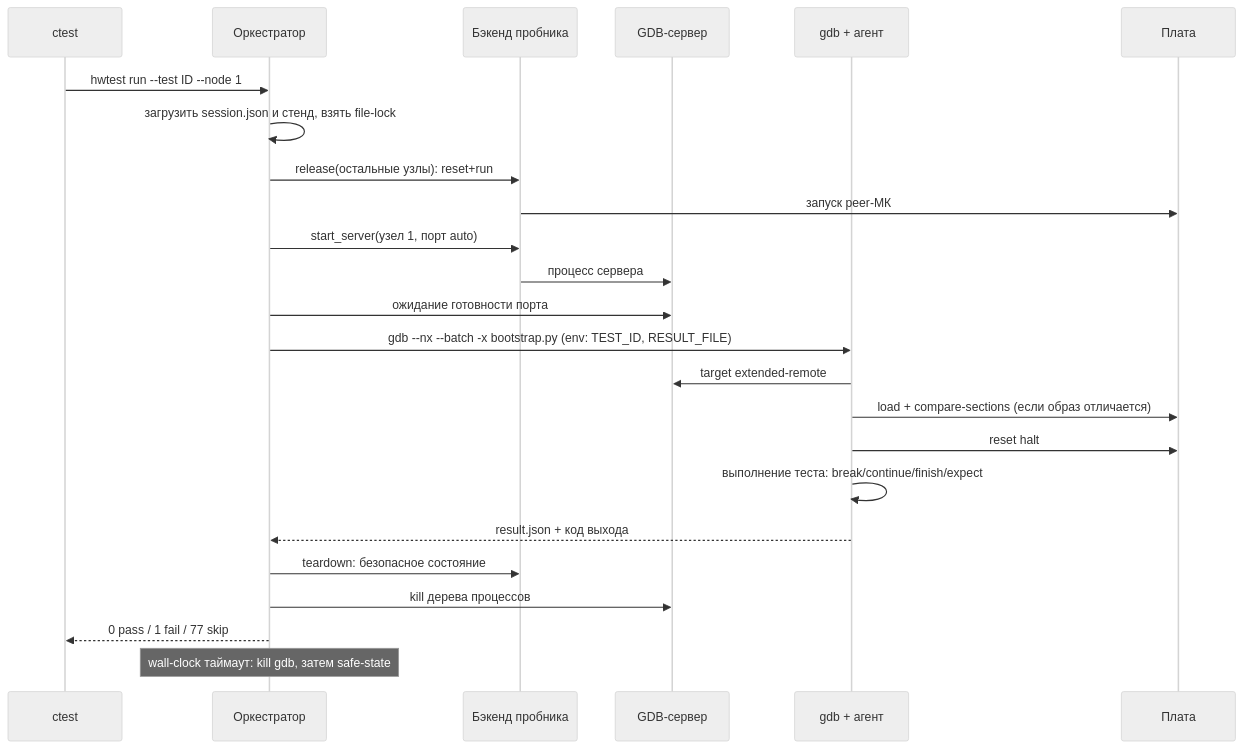
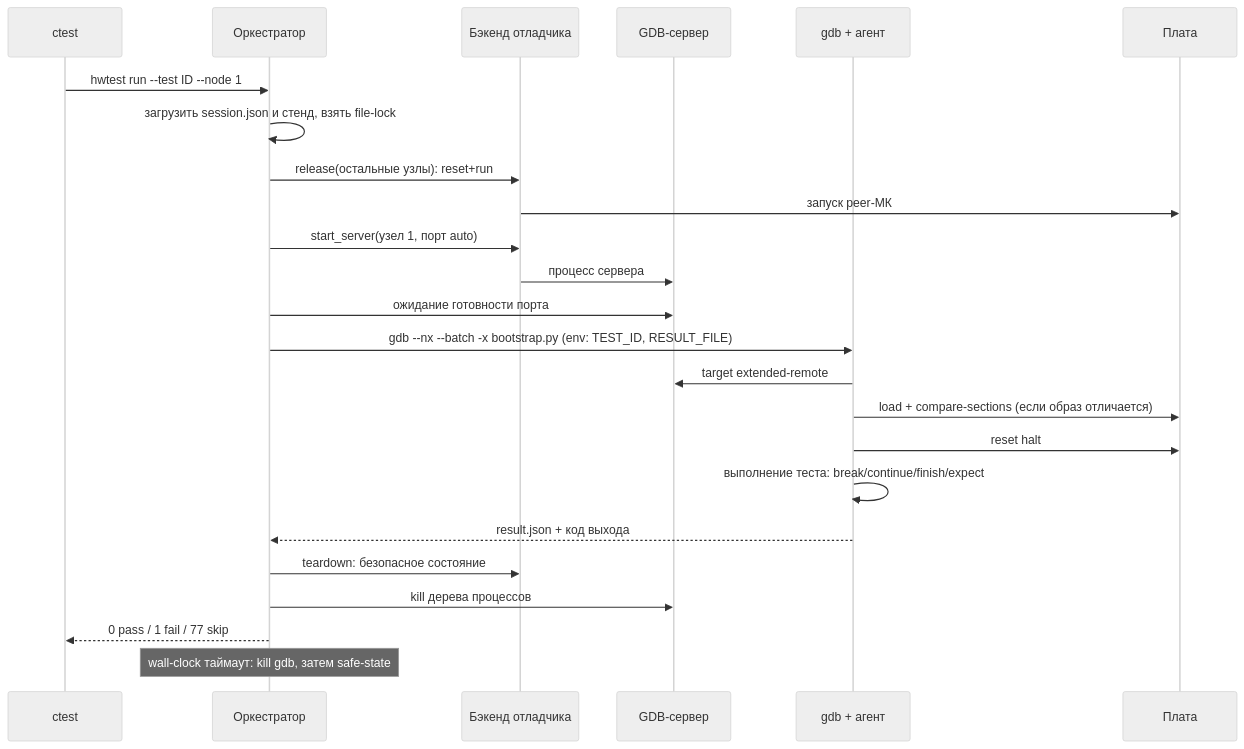
The third of 3 diagrams in docs/HWTEST_ARCHITECTURE.md (ViacheslavMezentsev/stm32-hwtest-blackpill), drawn with Mermaid (neutral theme) before and after one commit. The commit also changed other lines of this file and 9 other files, not shown here.

Commit message:
Document debugger terminology and H503 compatibility roadmap

````diff
--- a/docs/HWTEST_ARCHITECTURE.md
+++ b/docs/HWTEST_ARCHITECTURE.md
@@ -227,26 +233,26 @@
 ```mermaid
 sequenceDiagram
   participant CT as ctest
   participant O as Оркестратор
-  participant PR as Бэкенд пробника
+  participant PR as Бэкенд отладчика
   participant GS as GDB-сервер
   participant G as gdb + агент
   participant B as Плата
   CT->>O: hwtest run --test ID --node 1
   O->>O: загрузить session.json и стенд, взять file-lock
   O->>PR: release(остальные узлы): reset+run
   PR->>B: запуск peer-МК
   O->>PR: start_server(узел 1, порт auto)
   PR->>GS: процесс сервера
   O->>GS: ожидание готовности порта
   O->>G: gdb --nx --batch -x bootstrap.py (env: TEST_ID, RESULT_FILE)
   G->>GS: target extended-remote
   G->>B: load + compare-sections (если образ отличается)
   G->>B: reset halt
   G->>G: выполнение теста: break/continue/finish/expect
   G-->>O: result.json + код выхода
   O->>PR: teardown: безопасное состояние
   O->>GS: kill дерева процессов
   O-->>CT: 0 pass / 1 fail / 77 skip
   Note over O: wall-clock таймаут: kill gdb, затем safe-state
 ```
````
